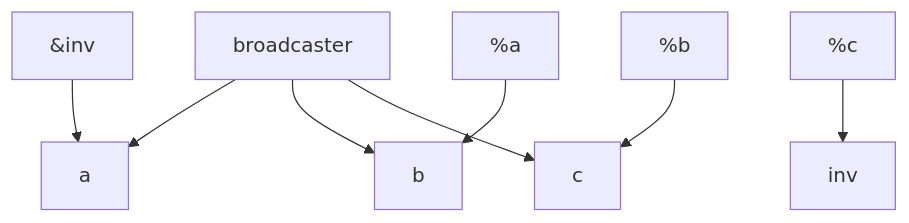
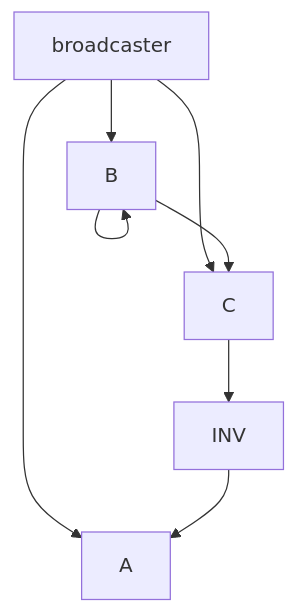
One commit to DavidBetteridge/AdventOfCode2023 changed the diagram in AOC_2023/AOC_2023.Tests/Day20/sample.md. Above: the diagram before and after it, drawn with Mermaid.

````diff
--- a/AOC_2023/AOC_2023.Tests/Day20/sample.md
+++ b/AOC_2023/AOC_2023.Tests/Day20/sample.md
@@ -1,10 +1,10 @@
 ```mermaid
   graph TD;
-    broadcaster--> a;
-    broadcaster--> b;
-    broadcaster--> c;
-    %a --> b;
-    %b --> c;
-    %c --> inv;
-    &inv --> a;
+    broadcaster--> A;
+    broadcaster--> B;
+    broadcaster--> C;
+    B --> B;
+    B --> C;
+    C --> INV;
+    INV --> A;
 ```
````
